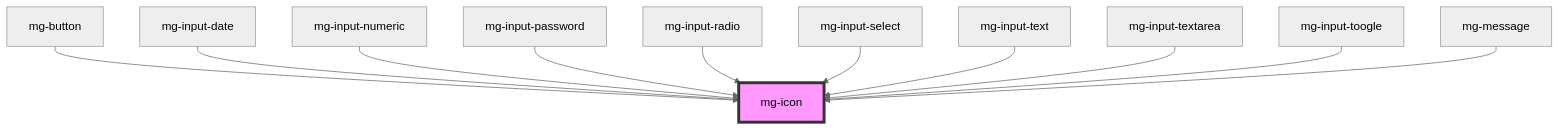
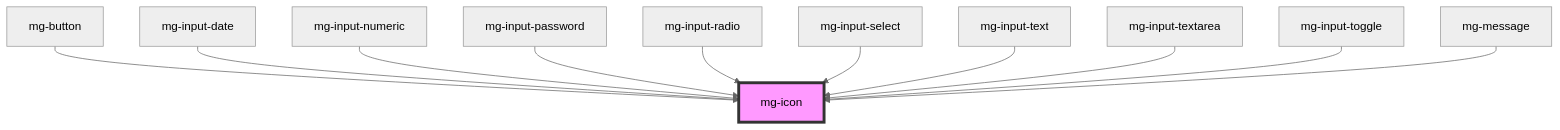
One commit to MGDIS/mg-components changed the diagram in src/components/atoms/mg-icon/readme.md. Above: the diagram before and after it, drawn with Mermaid (neutral theme). The commit also changed other lines of this file and 49 other files, not shown here.

First line of the commit message:
feat(mgToogle): add mg-input-toggle states style

````diff
--- a/src/components/atoms/mg-icon/readme.md
+++ b/src/components/atoms/mg-icon/readme.md
@@ -31,14 +31,14 @@
 ```mermaid
 graph TD;
   mg-button --> mg-icon
   mg-input-date --> mg-icon
   mg-input-numeric --> mg-icon
   mg-input-password --> mg-icon
   mg-input-radio --> mg-icon
   mg-input-select --> mg-icon
   mg-input-text --> mg-icon
   mg-input-textarea --> mg-icon
-  mg-input-toogle --> mg-icon
+  mg-input-toggle --> mg-icon
   mg-message --> mg-icon
   style mg-icon fill:#f9f,stroke:#333,stroke-width:4px
 ```
````
